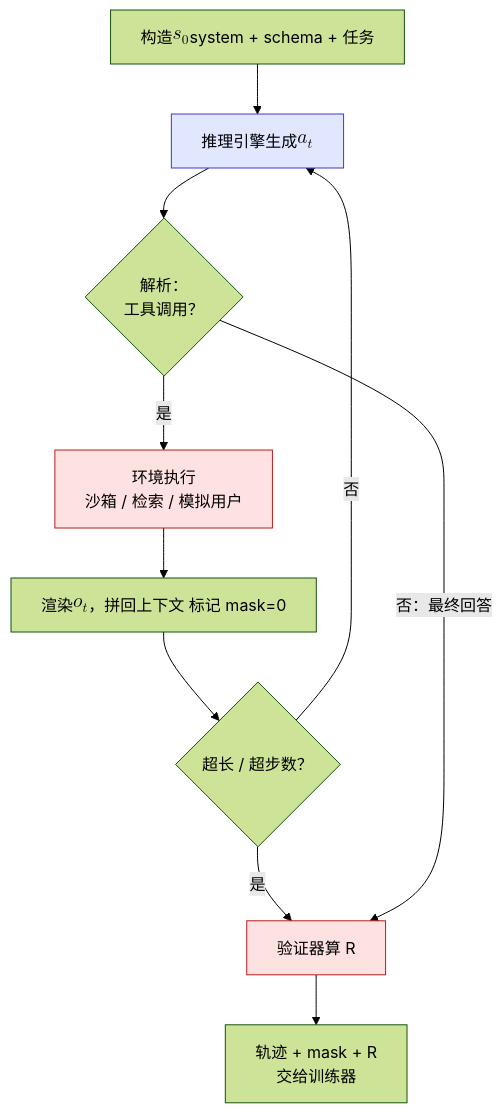
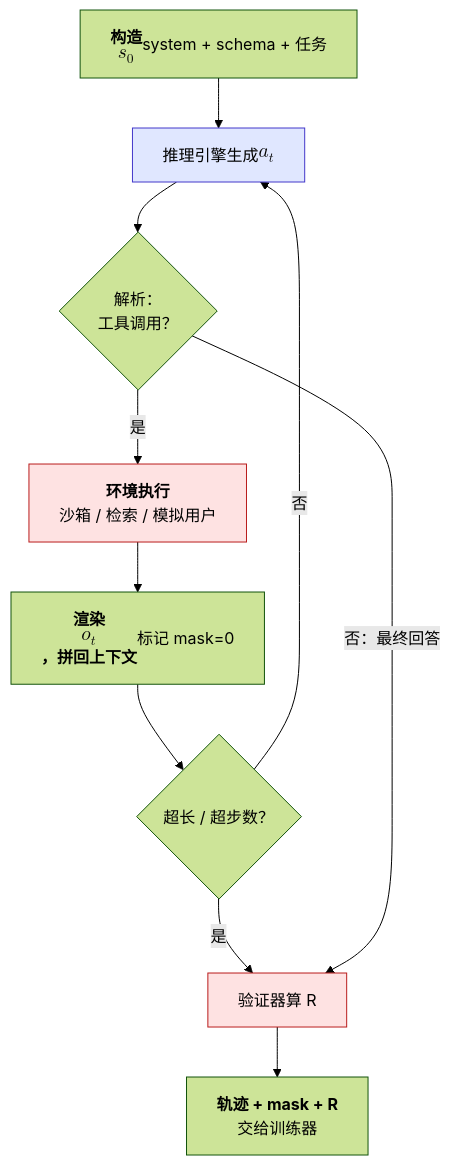
The diagram in _posts/2026-04-21-agentic-rl-tool-use-environments-and-trajectories.md (arganzheng/arganzheng.github.com), drawn with Mermaid (forest theme) before and after one commit. The commit also changed 4 other files, not shown here.

First line of the commit message:
后训练：从 SFT 到可验证奖励：Mermaid 多行方框的首行标为标题（5 篇）

````diff
--- a/_posts/2026-04-21-agentic-rl-tool-use-environments-and-trajectories.md
+++ b/_posts/2026-04-21-agentic-rl-tool-use-environments-and-trajectories.md
@@ -283,18 +283,18 @@
 ```mermaid
 %% 图：agent loop 的一条轨迹：生成、解析工具调用、环境执行、渲染观察拼回上下文，直到最终回答交给验证器
 flowchart TB
-    S["构造 $$s_0$$<br/>system + schema + 任务"] --> G["推理引擎生成 $$a_t$$"]
+    S["<b>构造 $$s_0$$</b><br/>system + schema + 任务"] --> G["推理引擎生成 $$a_t$$"]
     G --> P{"解析：<br/>工具调用？"}
-    P -- 是 --> E["环境执行<br/>沙箱 / 检索 / 模拟用户"]
-    E --> O["渲染 $$o_t$$，拼回上下文<br/>标记 mask=0"]
+    P -- 是 --> E["<b>环境执行</b><br/>沙箱 / 检索 / 模拟用户"]
+    E --> O["<b>渲染 $$o_t$$，拼回上下文</b><br/>标记 mask=0"]
     O --> C{"超长 / 超步数？"}
     C -- 否 --> G
     C -- 是 --> V
     P -- 否：最终回答 --> V["验证器算 R"]
-    V --> T["轨迹 + mask + R<br/>交给训练器"]
+    V --> T["<b>轨迹 + mask + R</b><br/>交给训练器"]
 
     classDef env fill:#fee2e2,stroke:#b91c1c;
     classDef model fill:#e0e7ff,stroke:#4338ca;
     class E,V env;
     class G model;
 ```
````
